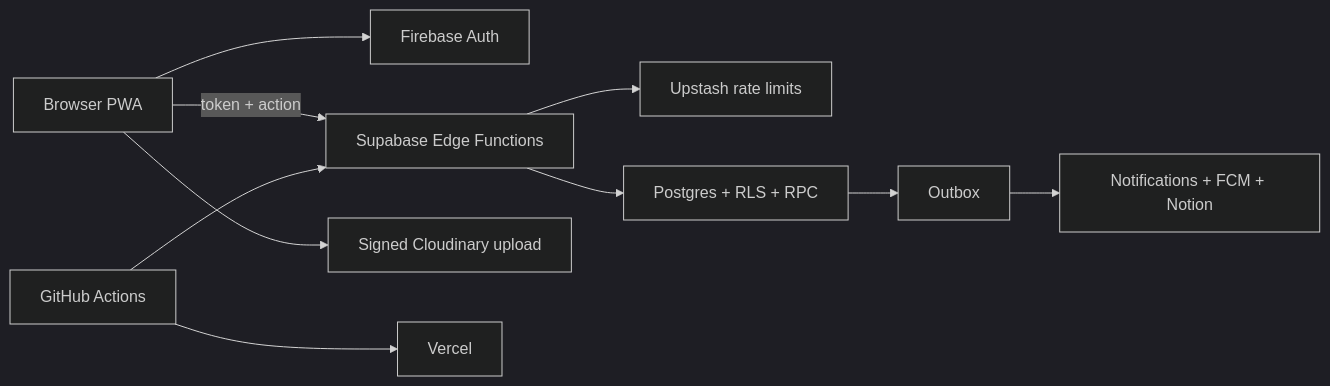
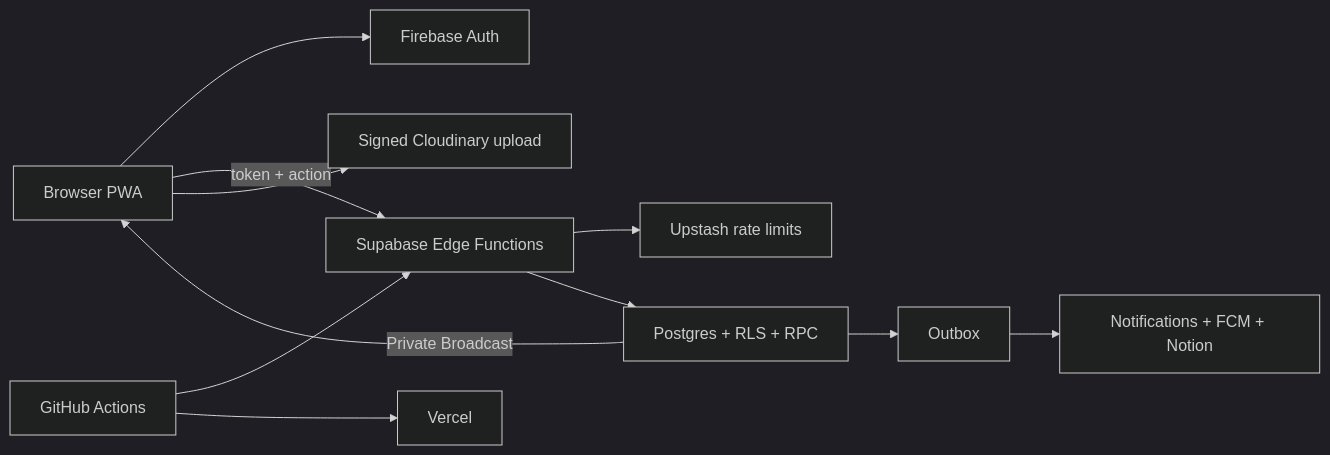
Before and after one commit to tavricccc/novae-website: the diagram in docs/en/architecture.md, drawn with Mermaid (dark theme). The commit also changed other lines of this file and 12 other files, not shown here.

````diff
--- a/docs/en/architecture.md
+++ b/docs/en/architecture.md
@@ -3,12 +3,13 @@
 ```mermaid
 flowchart LR
   U[Browser PWA] --> F[Firebase Auth]
   U -->|token + action| E[Supabase Edge Functions]
   E --> R[Upstash rate limits]
   E --> P[Postgres + RLS + RPC]
+  P -->|Private Broadcast| U
   U --> C[Signed Cloudinary upload]
   P --> O[Outbox]
   O --> W[Notifications + FCM + Notion]
   G[GitHub Actions] --> E
   G --> V[Vercel]
 ```
````
